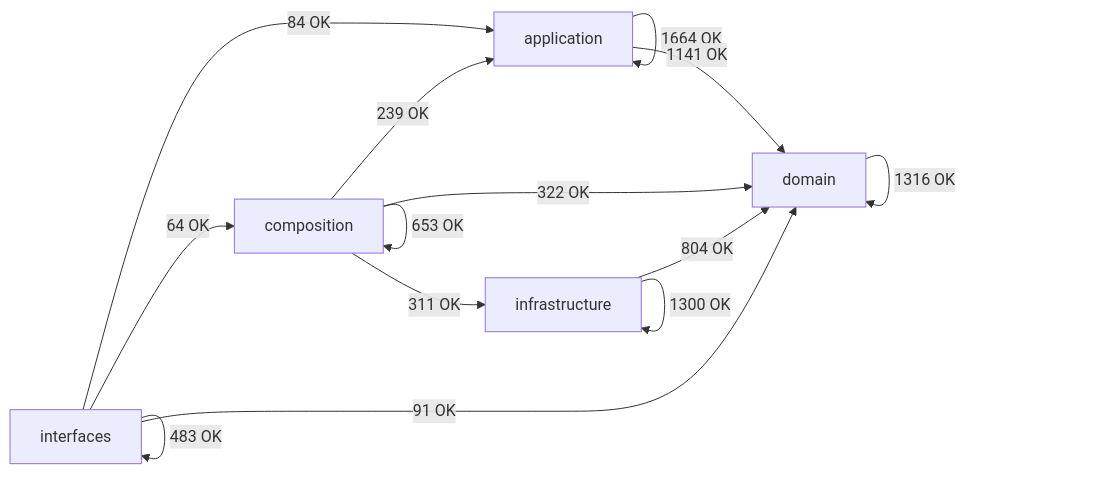
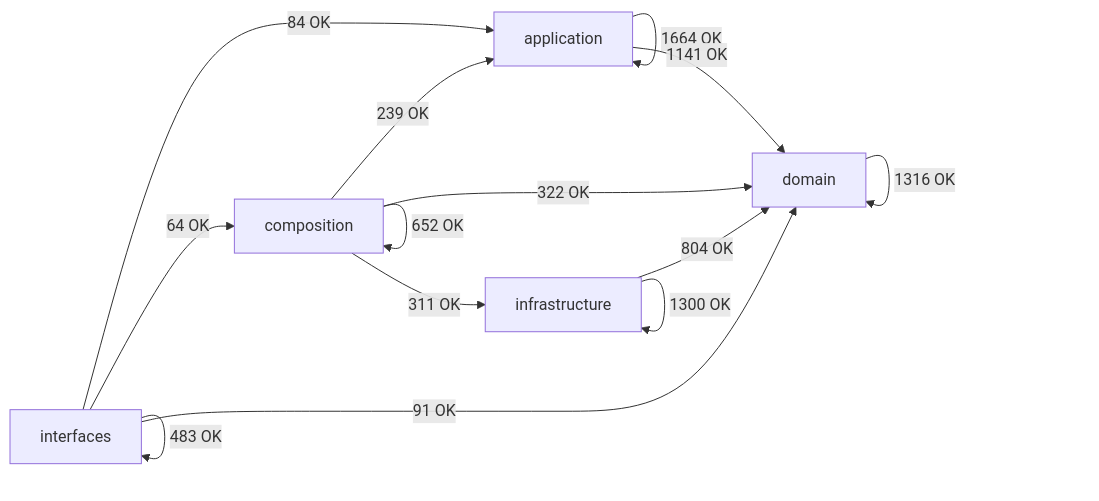
The diagram in docs/02-architecture/generated/module-dependency-map.md (SatoryKono/BioactivityDataAcquisition), drawn with Mermaid before and after one commit. The commit also changed other lines of this file and 4 other files, not shown here.

````diff
--- a/docs/02-architecture/generated/module-dependency-map.md
+++ b/docs/02-architecture/generated/module-dependency-map.md
@@ -17,21 +17,21 @@
 ```mermaid
 flowchart LR
     domain[domain]
     application[application]
     infrastructure[infrastructure]
     composition[composition]
     interfaces[interfaces]
     application -->|1664 OK| application
     application -->|1141 OK| domain
     composition -->|239 OK| application
-    composition -->|653 OK| composition
+    composition -->|652 OK| composition
     composition -->|322 OK| domain
     composition -->|311 OK| infrastructure
     domain -->|1316 OK| domain
     infrastructure -->|804 OK| domain
     infrastructure -->|1300 OK| infrastructure
     interfaces -->|84 OK| application
     interfaces -->|64 OK| composition
     interfaces -->|91 OK| domain
     interfaces -->|483 OK| interfaces
 ```
````
